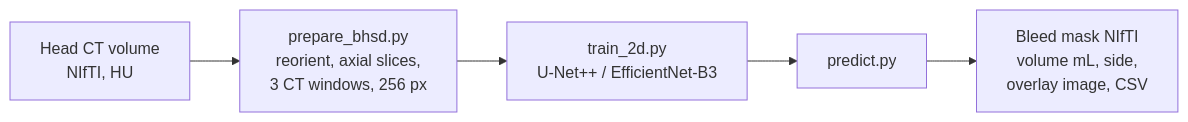
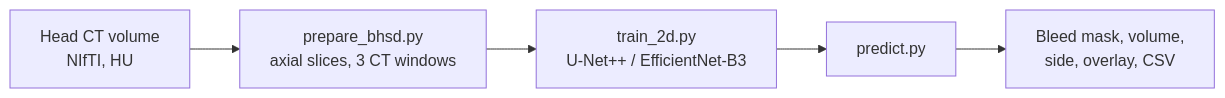
One commit to ChanduVenkatSaiNarne/Brain-Clot-Edema-midlineshift changed the diagram in README.md. Above: the diagram before and after it, drawn with Mermaid. The commit also changed other lines of this file, not shown here.

````diff
--- a/README.md
+++ b/README.md
@@ -38,7 +50,7 @@
 ```mermaid
 flowchart LR
-    A[Head CT volume<br/>NIfTI, HU] --> B[prepare_bhsd.py<br/>reorient, axial slices,<br/>3 CT windows, 256 px]
+    A[Head CT volume<br/>NIfTI, HU] --> B[prepare_bhsd.py<br/>axial slices, 3 CT windows]
     B --> C[train_2d.py<br/>U-Net++ / EfficientNet-B3]
     C --> D[predict.py]
-    D --> E[Bleed mask NIfTI<br/>volume mL, side,<br/>overlay image, CSV]
+    D --> E[Bleed mask, volume,<br/>side, overlay, CSV]
 ```
````
